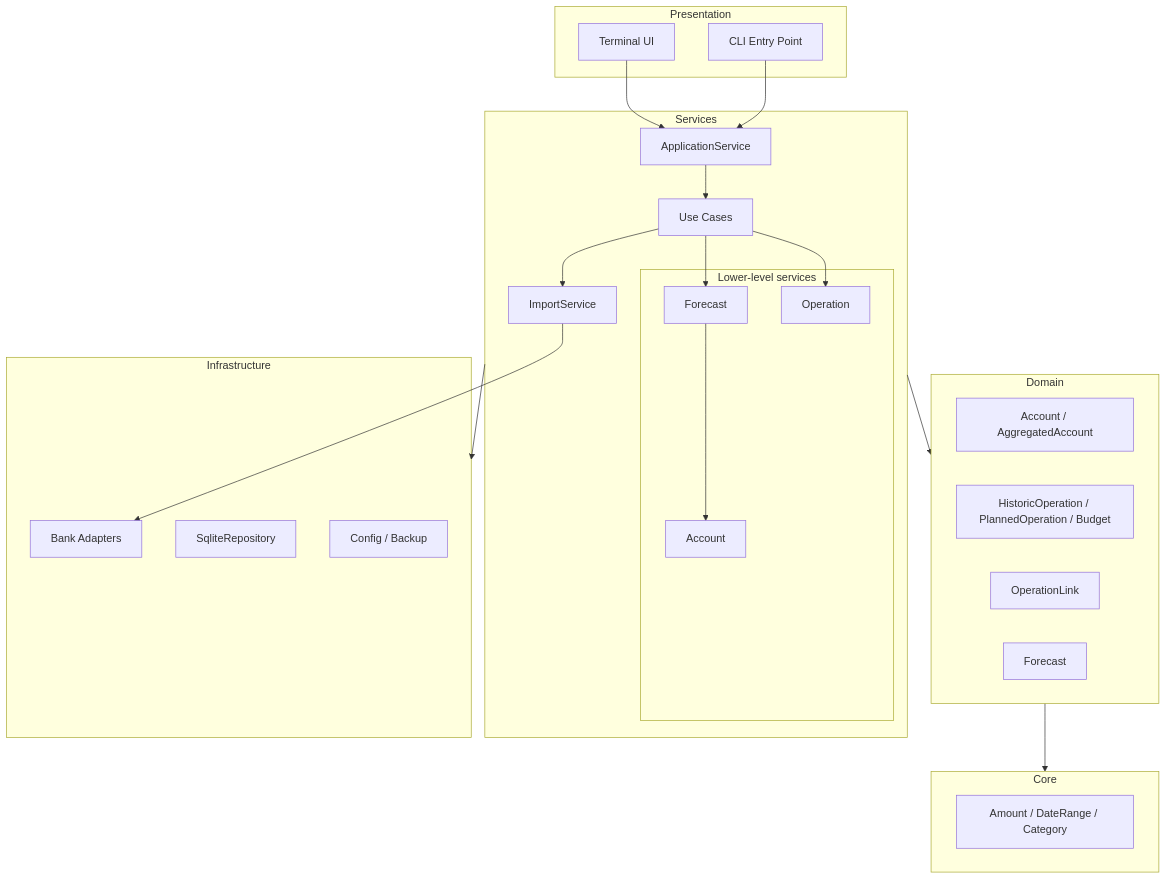
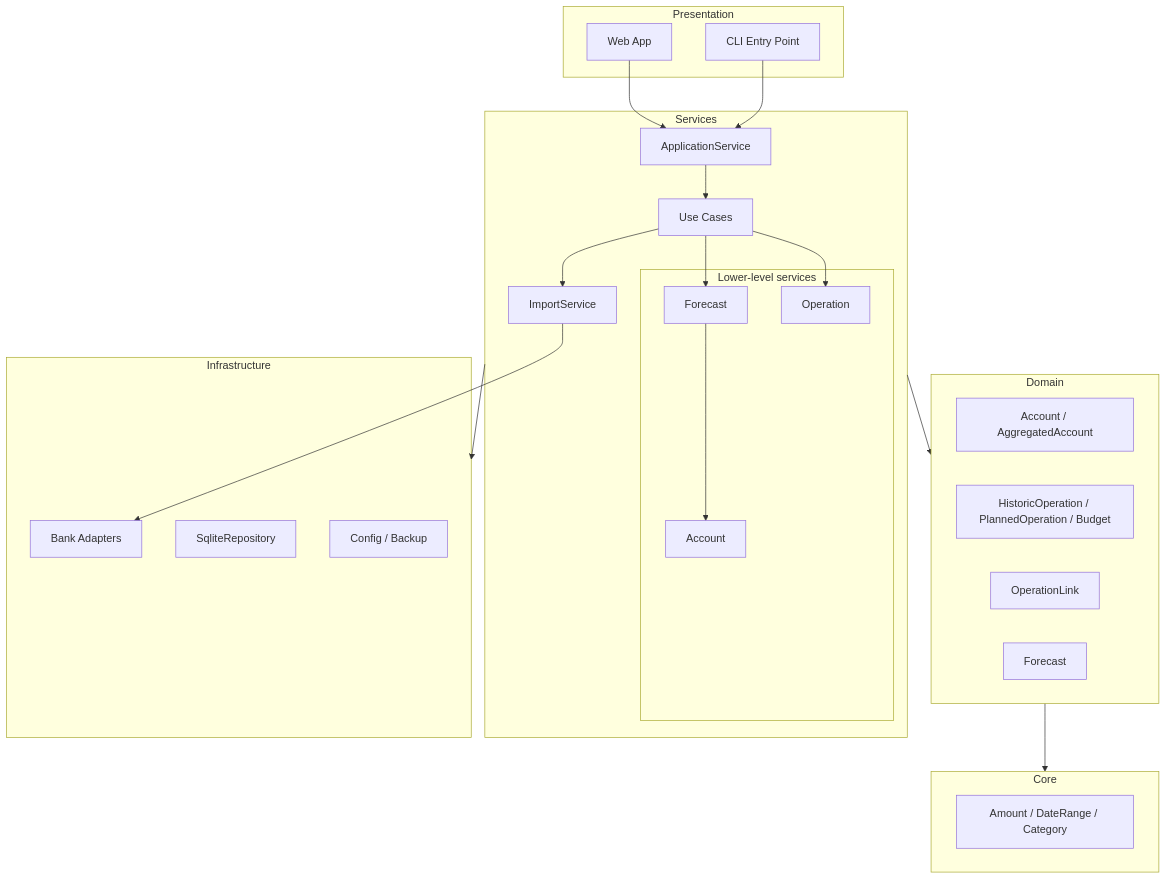
Before and after one commit to corentin-core/budget-forecaster: the diagram in docs/dev/architecture.md, drawn with Mermaid. The commit also changed other lines of this file and 94 other files, not shown here.

First line of the commit message:
refactor: Retire the TUI in favor of the web app (#327)

````diff
--- a/docs/dev/architecture.md
+++ b/docs/dev/architecture.md
@@ -20,47 +20,47 @@
 ```mermaid
 graph TB
     subgraph Presentation
-        TUI[Terminal UI]
+        WEB[Web App]
         CLI[CLI Entry Point]
     end
 
     subgraph Services
         AS[ApplicationService]
         UC[Use Cases]
         subgraph Lower-level services
             FS[Forecast]
             ACCS[Account]
             OPS[Operation]
         end
         IS[ImportService]
     end
 
     subgraph Domain
         ACC[Account / AggregatedAccount]
         OP[HistoricOperation / PlannedOperation / Budget]
         OL[OperationLink]
         FC[Forecast]
     end
 
     subgraph Core
         AM[Amount / DateRange / Category]
     end
 
     subgraph Infrastructure
         BA[Bank Adapters]
         SR[SqliteRepository]
         CFG[Config / Backup]
     end
 
-    TUI --> AS
+    WEB --> AS
     CLI --> AS
     AS --> UC
     UC --> FS
     UC --> OPS
     UC --> IS
     FS --> ACCS
     IS --> BA
     Services --> Domain
     Domain --> Core
     Services --> Infrastructure
 ```
````
